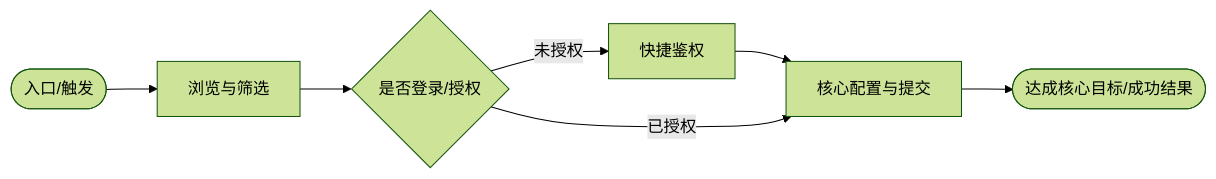
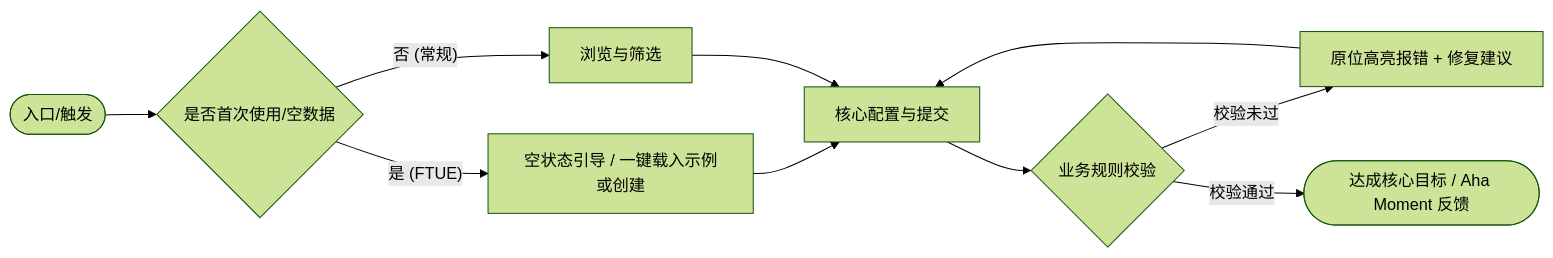
One commit to zhaoxuan-inside/hs-dev-skill changed the second of 3 diagrams in references/product_design.md. Above: the diagram before and after it, drawn with Mermaid (forest theme). The commit also changed other lines of this file and 10 other files, not shown here.

Commit message:
feat(product-design): upgrade stage-0 product discovery, UX laws, dual-track ASCII+Mermaid prototypes, and Gherkin DoD (v2.25)

````diff
--- a/references/product_design.md
+++ b/references/product_design.md
@@ -122,8 +151,9 @@
 ```mermaid
 flowchart LR
-    Start([入口/触发]) --> Step1[浏览与筛选]
-    Step1 --> Step2{是否登录/授权}
-    Step2 -- 未授权 --> Auth[快捷鉴权] --> Step3[核心配置与提交]
-    Step2 -- 已授权 --> Step3
-    Step3 --> Finish([达成核心目标/成功结果])
+    Start([入口/触发]) --> CheckNew{是否首次使用/空数据}
+    CheckNew -- 是 (FTUE) --> Guide[空状态引导 / 一键载入示例或创建] --> Step3[核心配置与提交]
+    CheckNew -- 否 (常规) --> Step1[浏览与筛选] --> Step3
+    Step3 --> Verify{业务规则校验}
+    Verify -- 校验未过 --> Fix[原位高亮报错 + 修复建议] --> Step3
+    Verify -- 校验通过 --> Finish([达成核心目标 / Aha Moment 反馈])
 ```
````
